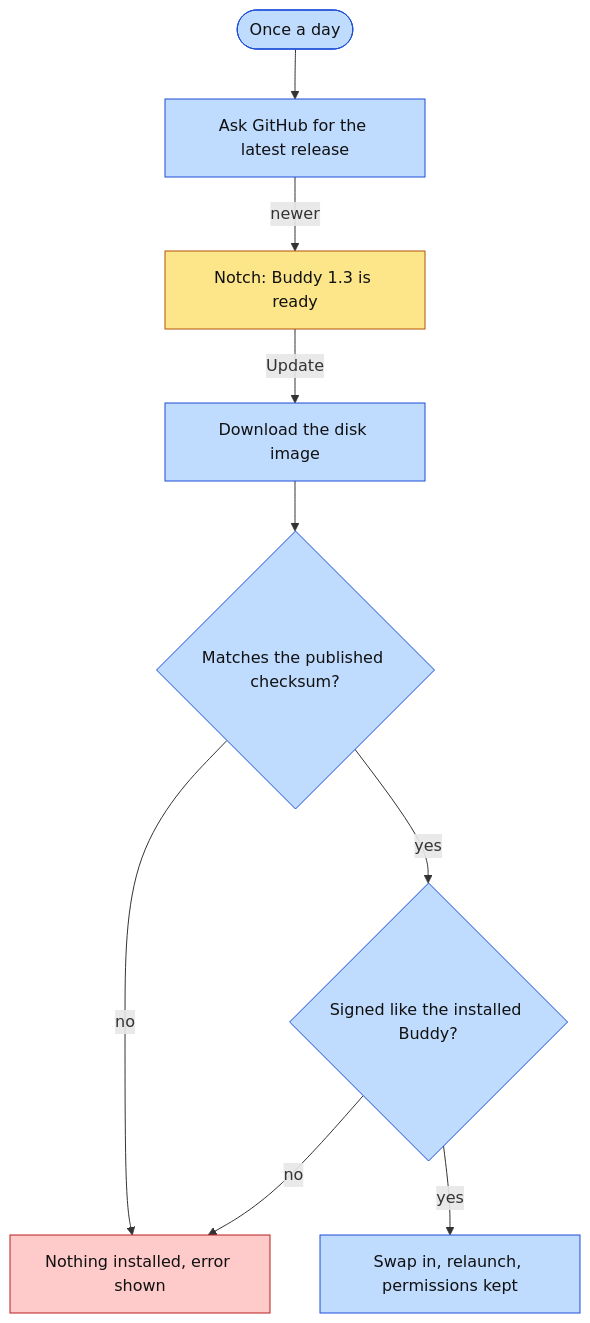
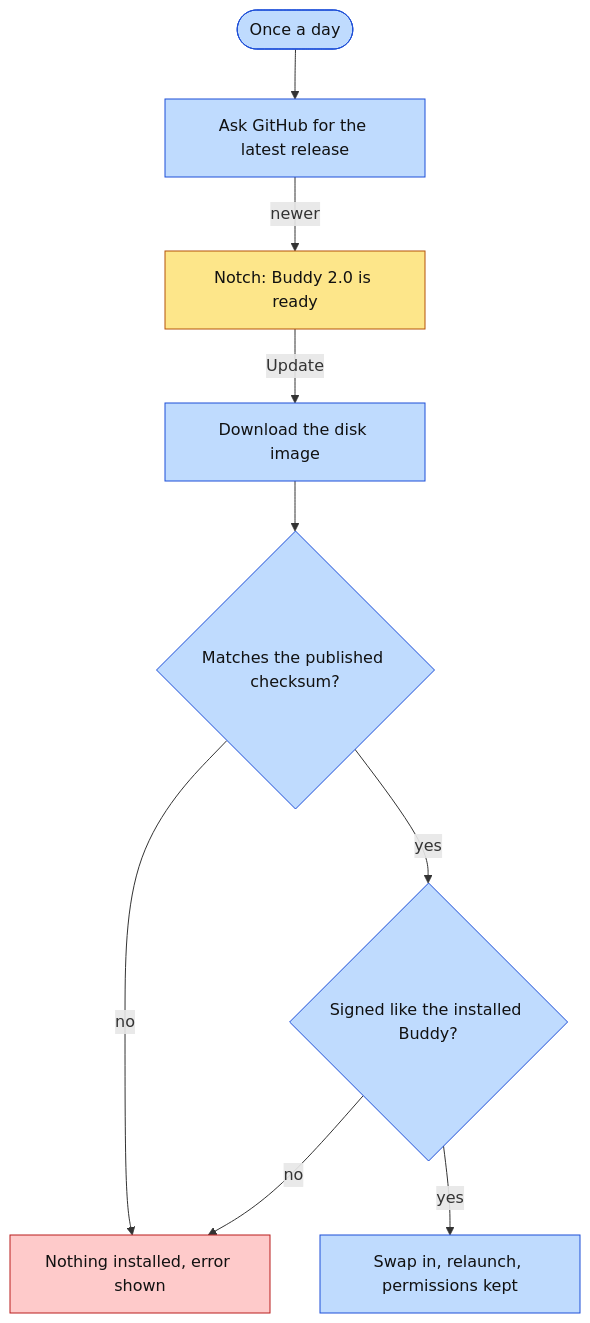
One commit to projects-hacks/buddy changed the second of 2 diagrams in docs/install.md. Above: the diagram before and after it, drawn with Mermaid. The commit also changed other lines of this file and 5 other files, not shown here.

````diff
--- a/docs/install.md
+++ b/docs/install.md
@@ -110,15 +118,15 @@
 ```mermaid
 flowchart TD
     daily([Once a day]):::buddy --> check[Ask GitHub for the latest release]:::buddy
-    check -->|newer| banner[Notch: Buddy 1.3 is ready]:::you
+    check -->|newer| banner[Notch: Buddy 2.0 is ready]:::you
     banner -->|Update| download[Download the disk image]:::buddy
     download --> sum{Matches the published checksum?}:::buddy
     sum -->|no| stop[Nothing installed, error shown]:::stop
     sum -->|yes| sign{Signed like the installed Buddy?}:::buddy
     sign -->|no| stop
     sign -->|yes| swap[Swap in, relaunch, permissions kept]:::buddy
 
     classDef you fill:#fde68a,stroke:#b45309,color:#111
     classDef buddy fill:#bfdbfe,stroke:#1d4ed8,color:#111
     classDef stop fill:#fecaca,stroke:#b91c1c,color:#111
 ```
````
